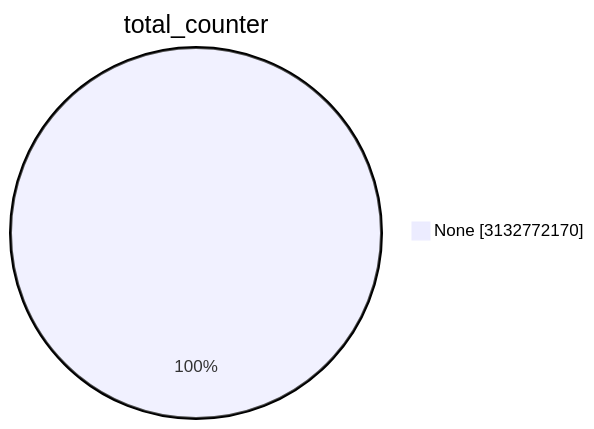
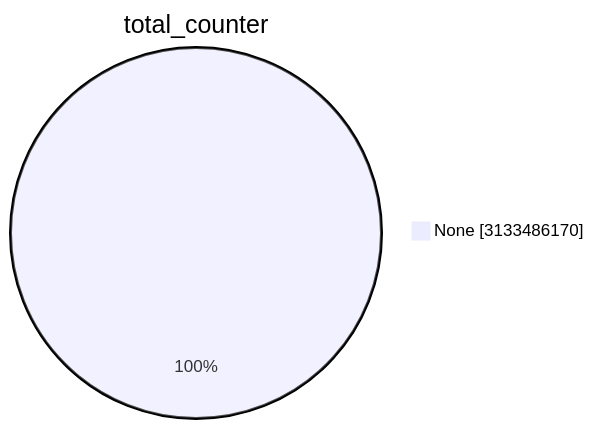
Before and after one commit to christiankrug/ctmonitor_visualization: the first of 15 diagrams in TOTAL/README.md, drawn with Mermaid. The commit also changed other lines of this file, not shown here.

````diff
--- a/TOTAL/README.md
+++ b/TOTAL/README.md
@@ -1,5 +1,5 @@
 ```mermaid
 pie showData
 title total_counter
-"None" :3132772170
+"None" :3133486170
 ```
````
